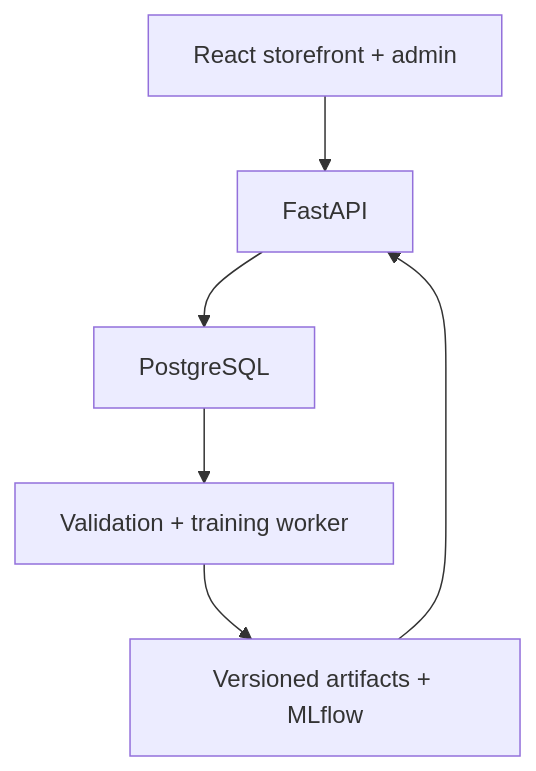
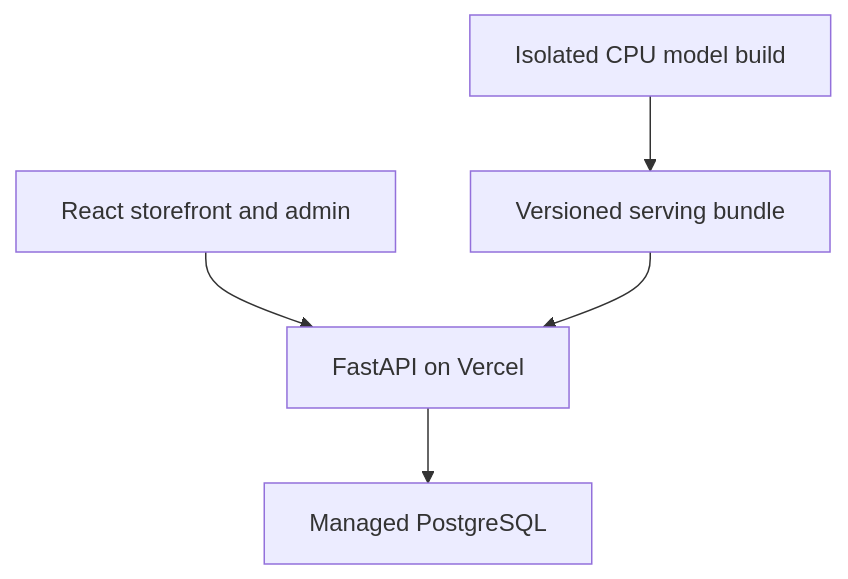
The diagram in docs/architecture.md (TeddyQyuon/scenthaus-intelligence), drawn with Mermaid before and after one commit. The commit also changed other lines of this file and 63 other files, not shown here.

````diff
--- a/docs/architecture.md
+++ b/docs/architecture.md
@@ -5,8 +5,7 @@
 ```mermaid
 flowchart TD
-  UI["React storefront + admin"] --> API["FastAPI"]
-  API --> DB["PostgreSQL"]
-  DB --> Train["Validation + training worker"]
-  Train --> Models["Versioned artifacts + MLflow"]
-  Models --> API
+  Browser["React storefront and admin"] --> API["FastAPI on Vercel"]
+  API --> DB["Managed PostgreSQL"]
+  Build["Isolated CPU model build"] --> Bundle["Versioned serving bundle"]
+  Bundle --> API
 ```
````
